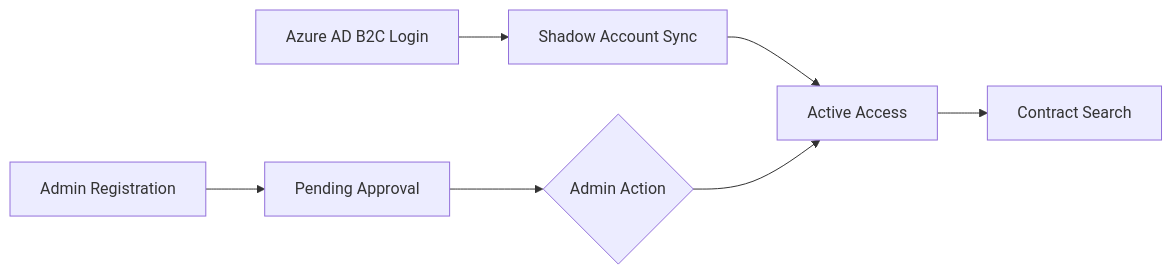
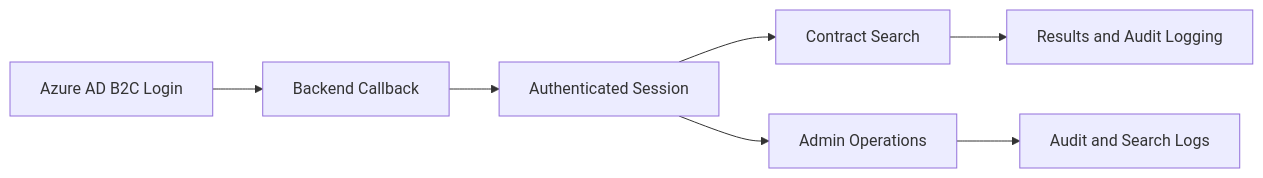
The diagram in README.md (ebsystemdigitalization/Bridge-Contract-Status-Portal), drawn with Mermaid before and after one commit. The commit also changed other lines of this file and 1 other file, not shown here.

````diff
--- a/README.md
+++ b/README.md
@@ -20,9 +21,9 @@
 ```mermaid
 graph LR
-    ADB2C[Azure AD B2C Login] --> Shadow[Shadow Account Sync]
-    Shadow --> Active[Active Access]
-    Reg[Admin Registration] --> Pend[Pending Approval]
-    Pend --> Approval{Admin Action}
-    Approval --> Active
-    Active --> Search[Contract Search]
+    ADB2C[Azure AD B2C Login] --> Callback[Backend Callback]
+    Callback --> Session[Authenticated Session]
+    Session --> Search[Contract Search]
+    Session --> Admin[Admin Operations]
+    Search --> Results[Results and Audit Logging]
+    Admin --> Audit[Audit and Search Logs]
 ```
````
